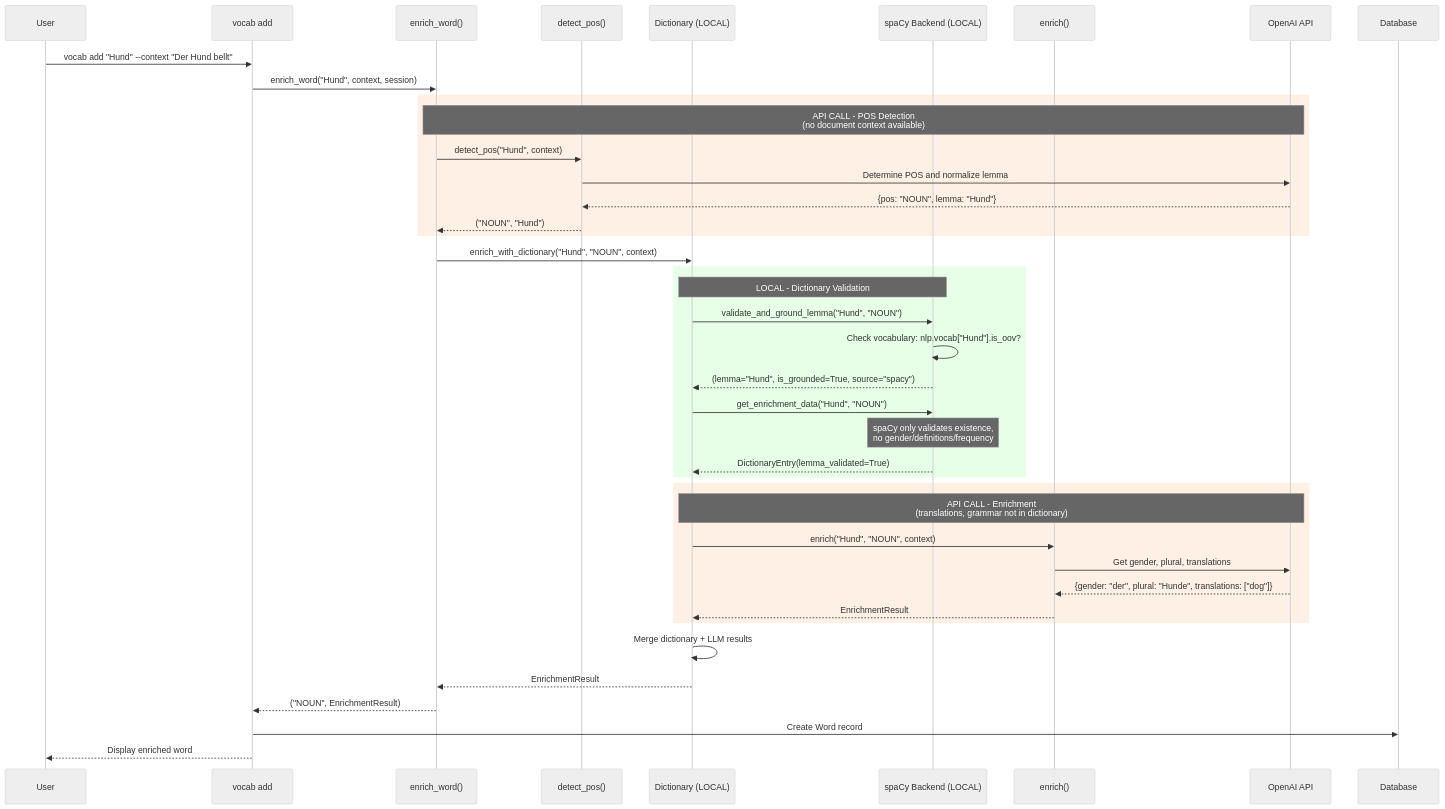
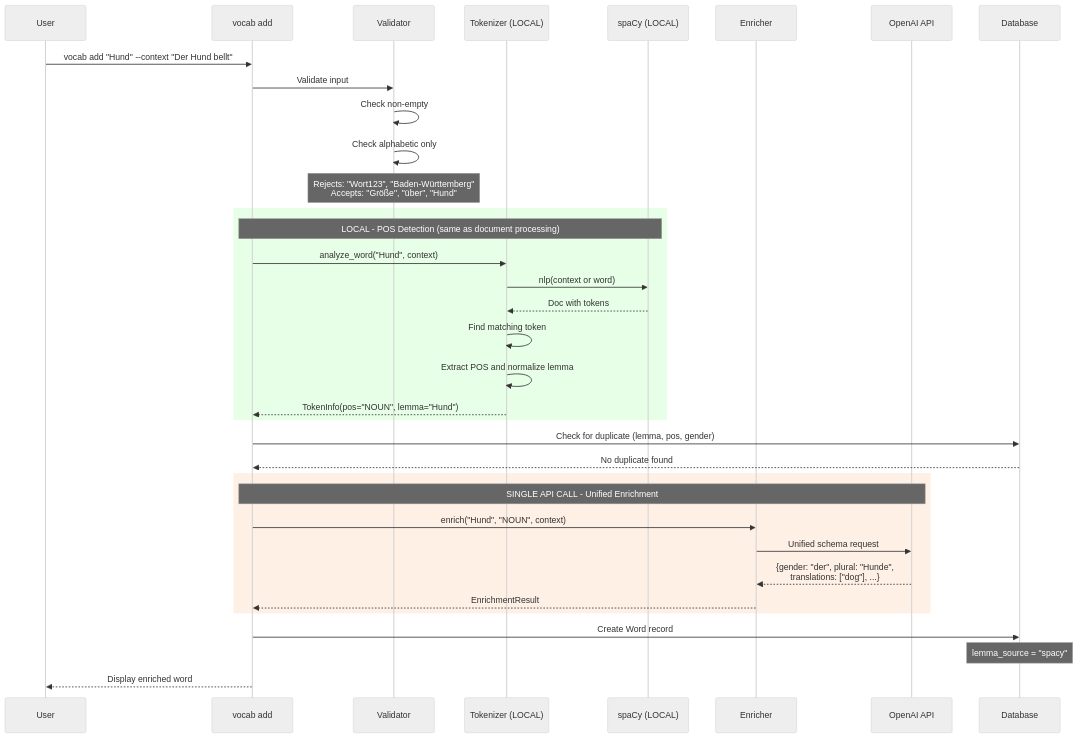
The third of 9 diagrams in docs/llm-pipelines.md (sapientpants/vocabext), drawn with Mermaid (neutral theme) before and after one commit. The commit also changed other lines of this file and 6 other files, not shown here.

First line of the commit message:
feat: unify LLM pipeline with single API call per word

````diff
--- a/docs/llm-pipelines.md
+++ b/docs/llm-pipelines.md
@@ -97,52 +141,43 @@
 ```mermaid
 sequenceDiagram
     participant User
     participant CLI as vocab add
-    participant Enricher as enrich_word()
-    participant LLM_POS as detect_pos()
-    participant Dict as Dictionary (LOCAL)
-    participant spaCy as spaCy Backend (LOCAL)
-    participant LLM_Enrich as enrich()
+    participant Validator
+    participant Tokenizer as Tokenizer (LOCAL)
+    participant spaCy as spaCy (LOCAL)
+    participant Enricher
     participant API as OpenAI API
     participant DB as Database
 
     User->>CLI: vocab add "Hund" --context "Der Hund bellt"
-    CLI->>Enricher: enrich_word("Hund", context, session)
+
+    CLI->>Validator: Validate input
+    Validator->>Validator: Check non-empty
+    Validator->>Validator: Check alphabetic only
+    Note over Validator: Rejects: "Wort123", "Baden-Württemberg"<br/>Accepts: "Größe", "über", "Hund"
+
+    rect rgb(230, 255, 230)
+        Note over CLI,spaCy: LOCAL - POS Detection (same as document processing)
+        CLI->>Tokenizer: analyze_word("Hund", context)
+        Tokenizer->>spaCy: nlp(context or word)
+        spaCy-->>Tokenizer: Doc with tokens
+        Tokenizer->>Tokenizer: Find matching token
+        Tokenizer->>Tokenizer: Extract POS and normalize lemma
+        Tokenizer-->>CLI: TokenInfo(pos="NOUN", lemma="Hund")
+    end
+
+    CLI->>DB: Check for duplicate (lemma, pos, gender)
+    DB-->>CLI: No duplicate found
 
     rect rgb(255, 240, 230)
-        Note over Enricher,API: API CALL - POS Detection<br/>(no document context available)
-        Enricher->>LLM_POS: detect_pos("Hund", context)
-        LLM_POS->>API: Determine POS and normalize lemma
-        API-->>LLM_POS: {pos: "NOUN", lemma: "Hund"}
-        LLM_POS-->>Enricher: ("NOUN", "Hund")
+        Note over CLI,API: SINGLE API CALL - Unified Enrichment
+        CLI->>Enricher: enrich("Hund", "NOUN", context)
+        Enricher->>API: Unified schema request
+        API-->>Enricher: {gender: "der", plural: "Hunde",<br/>translations: ["dog"], ...}
+        Enricher-->>CLI: EnrichmentResult
     end
 
-    Enricher->>Dict: enrich_with_dictionary("Hund", "NOUN", context)
-
-    rect rgb(230, 255, 230)
-        Note over Dict,spaCy: LOCAL - Dictionary Validation
-        Dict->>spaCy: validate_and_ground_lemma("Hund", "NOUN")
-        spaCy->>spaCy: Check vocabulary: nlp.vocab["Hund"].is_oov?
-        spaCy-->>Dict: (lemma="Hund", is_grounded=True, source="spacy")
-
-        Dict->>spaCy: get_enrichment_data("Hund", "NOUN")
-        Note over spaCy: spaCy only validates existence,<br/>no gender/definitions/frequency
-        spaCy-->>Dict: DictionaryEntry(lemma_validated=True)
-    end
-
-    rect rgb(255, 240, 230)
-        Note over Dict,API: API CALL - Enrichment<br/>(translations, grammar not in dictionary)
-        Dict->>LLM_Enrich: enrich("Hund", "NOUN", context)
-        LLM_Enrich->>API: Get gender, plural, translations
-        API-->>LLM_Enrich: {gender: "der", plural: "Hunde", translations: ["dog"]}
-        LLM_Enrich-->>Dict: EnrichmentResult
-    end
-
-    Dict->>Dict: Merge dictionary + LLM results
-    Dict-->>Enricher: EnrichmentResult
-
-    Enricher-->>CLI: ("NOUN", EnrichmentResult)
-
     CLI->>DB: Create Word record
+    Note over DB: lemma_source = "spacy"
     CLI-->>User: Display enriched word
 ```
````
